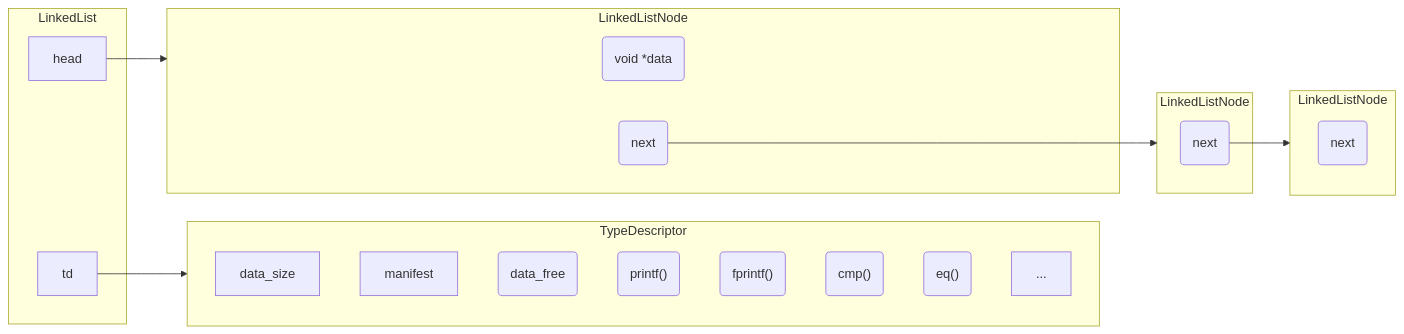
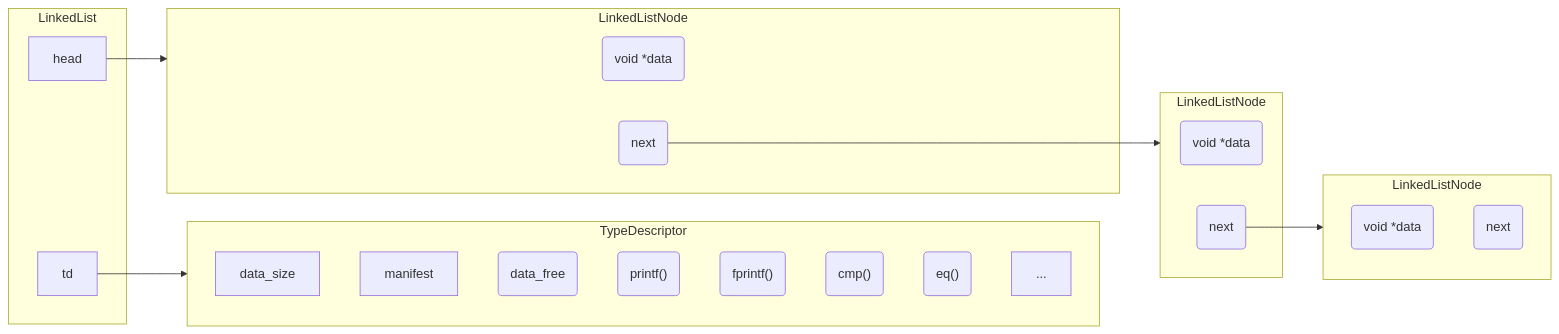
One commit to 4nt0ineB/MyLittleCLibrary changed the second of 2 diagrams in docs/implementation.md. Above: the diagram before and after it, drawn with Mermaid. The commit also changed 28 other files, not shown here.

````diff
--- a/docs/implementation.md
+++ b/docs/implementation.md
@@ -52,39 +52,39 @@
 ```mermaid
 flowchart  LR
 
 	subgraph ll[LinkedList]
 		td
 		head
 	end
 	head --> cell0
 	td --> tdescriptor
 	 
 	subgraph  tdescriptor[TypeDescriptor]
 		data_size
 		manifest
 		f0("data_free")
 		f1("printf()")
 		f2("fprintf()")
 		f3("cmp()")
 		f4("eq()")
 		...
 	end
 	
 	subgraph cell0[LinkedListNode]
         v0(void *data)
         next0(next)
         
     end
     next0 --> cell1
     
     subgraph cell1[LinkedListNode]
-        v0(void *data)
+        v1(void *data)
         next1(next)
     end
     next1 --> cell2
     
     subgraph  cell2[LinkedListNode]
-        v0(void *data)
+        v2(void *data)
         next2(next)
     end
 ```
````
